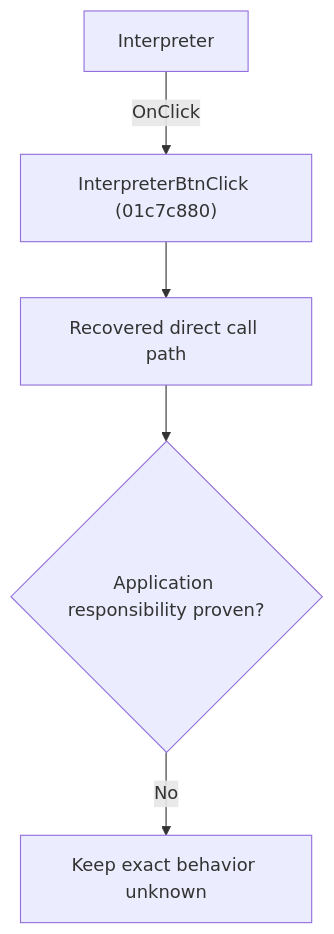
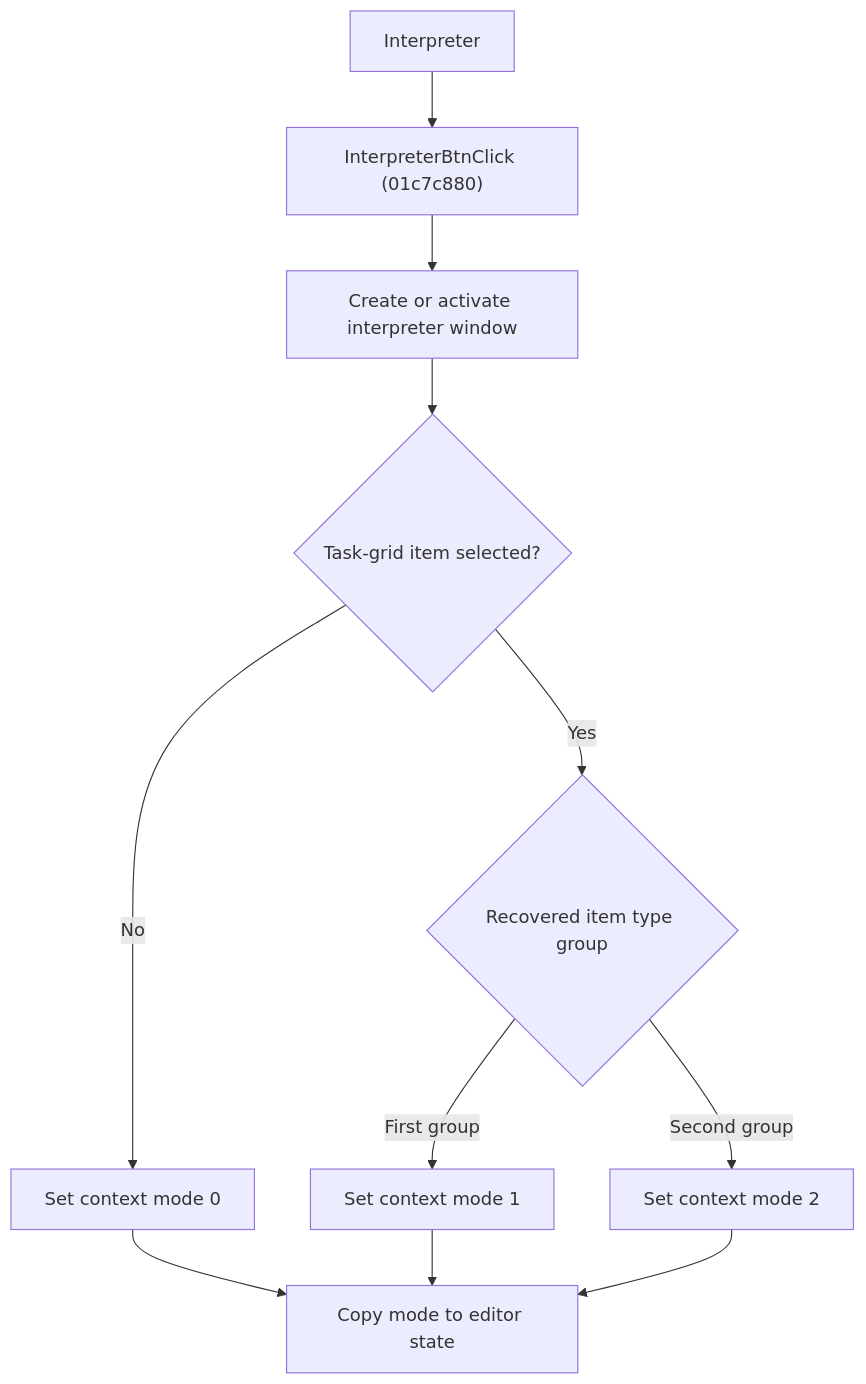
Before and after one commit to MovGP0/TIARA: the diagram in docs/ui-controls/schematiceditor/interpreterbtn-71faf33d86.md, drawn with Mermaid. The commit also changed other lines of this file and 241 other files, not shown here.

````diff
--- a/docs/ui-controls/schematiceditor/interpreterbtn-71faf33d86.md
+++ b/docs/ui-controls/schematiceditor/interpreterbtn-71faf33d86.md
@@ -27,7 +19,13 @@
 ```mermaid
 flowchart TD
-    control["Interpreter"] -->|"OnClick"| handler["InterpreterBtnClick (01c7c880)"]
-    handler --> recovered["Recovered direct call path"]
-    recovered --> gap{"Application responsibility proven?"}
-    gap -->|"No"| blocked["Keep exact behavior unknown"]
+    control["Interpreter"] --> handler["InterpreterBtnClick (01c7c880)"]
+    handler --> window["Create or activate interpreter window"]
+    window --> selected{"Task-grid item selected?"}
+    selected -->|"No"| clear["Set context mode 0"]
+    selected -->|"Yes"| type{"Recovered item type group"}
+    type -->|"First group"| mode1["Set context mode 1"]
+    type -->|"Second group"| mode2["Set context mode 2"]
+    clear --> persist["Copy mode to editor state"]
+    mode1 --> persist
+    mode2 --> persist
 ```
````
